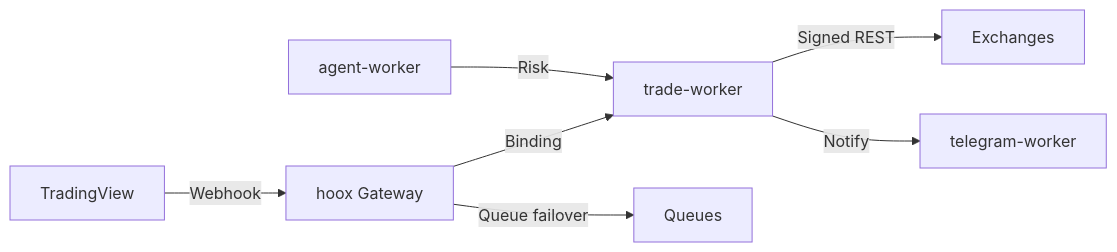
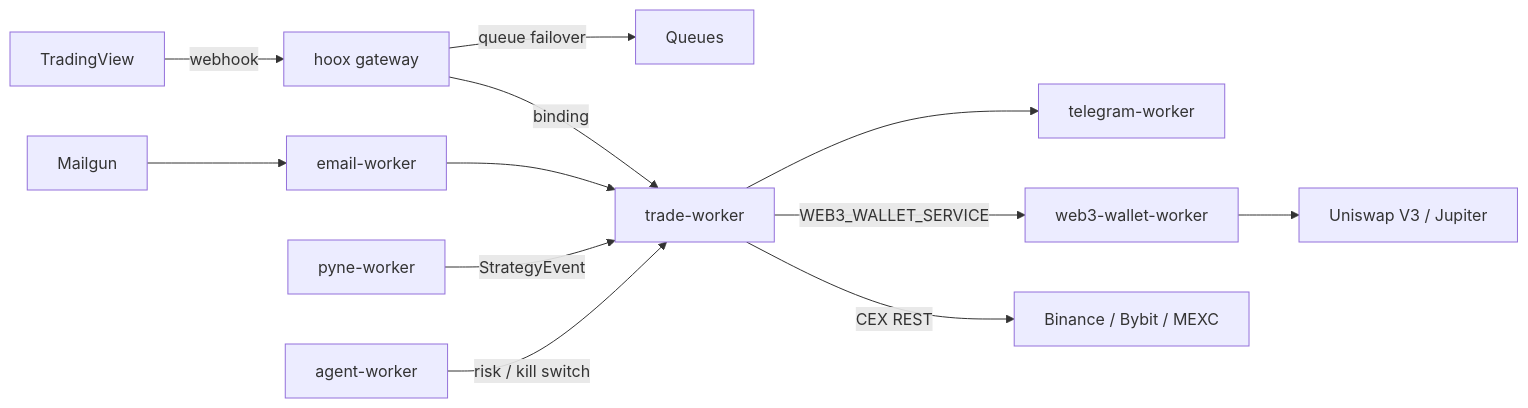
The diagram in README.md (hoox-sh/hoox), drawn with Mermaid before and after one commit. The commit also changed other lines of this file and 3 other files, not shown here.

````diff
--- a/README.md
+++ b/README.md
@@ -262,9 +52,14 @@
 ```mermaid
 graph LR
-  TV[TradingView] -->|Webhook| GW[hoox Gateway]
-  GW -->|Binding| TW[trade-worker]
-  GW -->|Queue failover| Q[Queues]
-  TW -->|Signed REST| EX[Exchanges]
-  AW[agent-worker] -->|Risk| TW
-  TW -->|Notify| TGW[telegram-worker]
+  TV[TradingView] -->|webhook| GW[hoox gateway]
+  MAIL[Mailgun] --> EW[email-worker]
+  EW --> TW[trade-worker]
+  PYNE[pyne-worker] -->|StrategyEvent| TW
+  GW -->|binding| TW
+  GW -->|queue failover| Q[Queues]
+  TW -->|CEX REST| EX[Binance / Bybit / MEXC]
+  TW -->|WEB3_WALLET_SERVICE| W3[web3-wallet-worker]
+  W3 --> DEX[Uniswap V3 / Jupiter]
+  AW[agent-worker] -->|risk / kill switch| TW
+  TW --> TG[telegram-worker]
 ```
````
